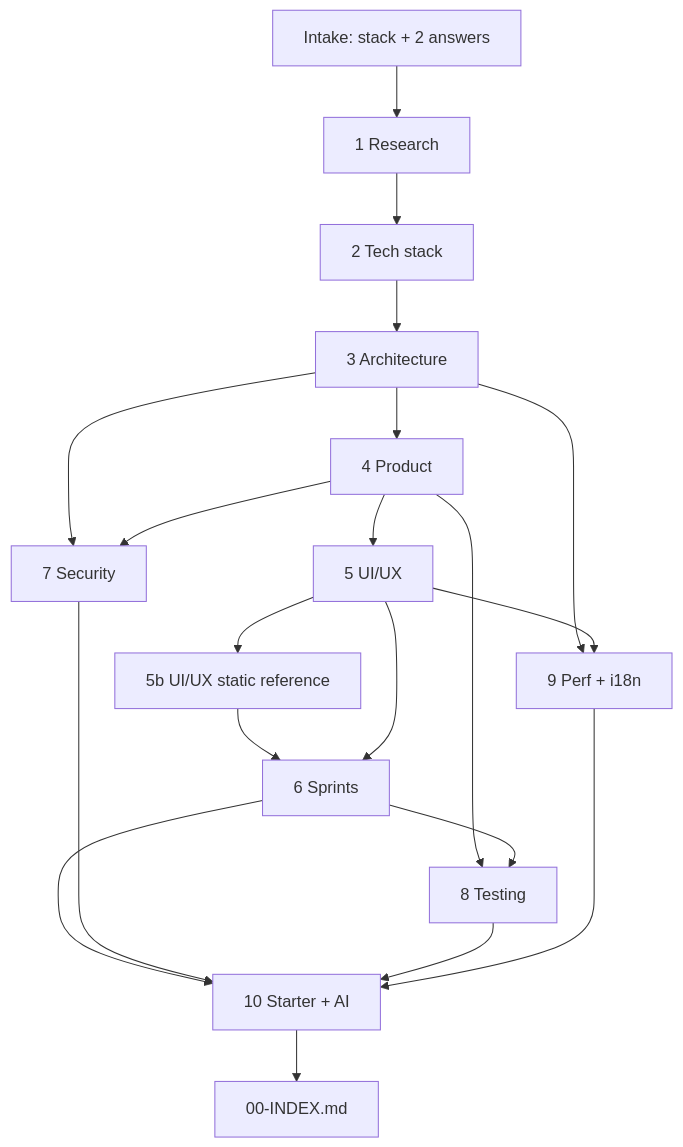
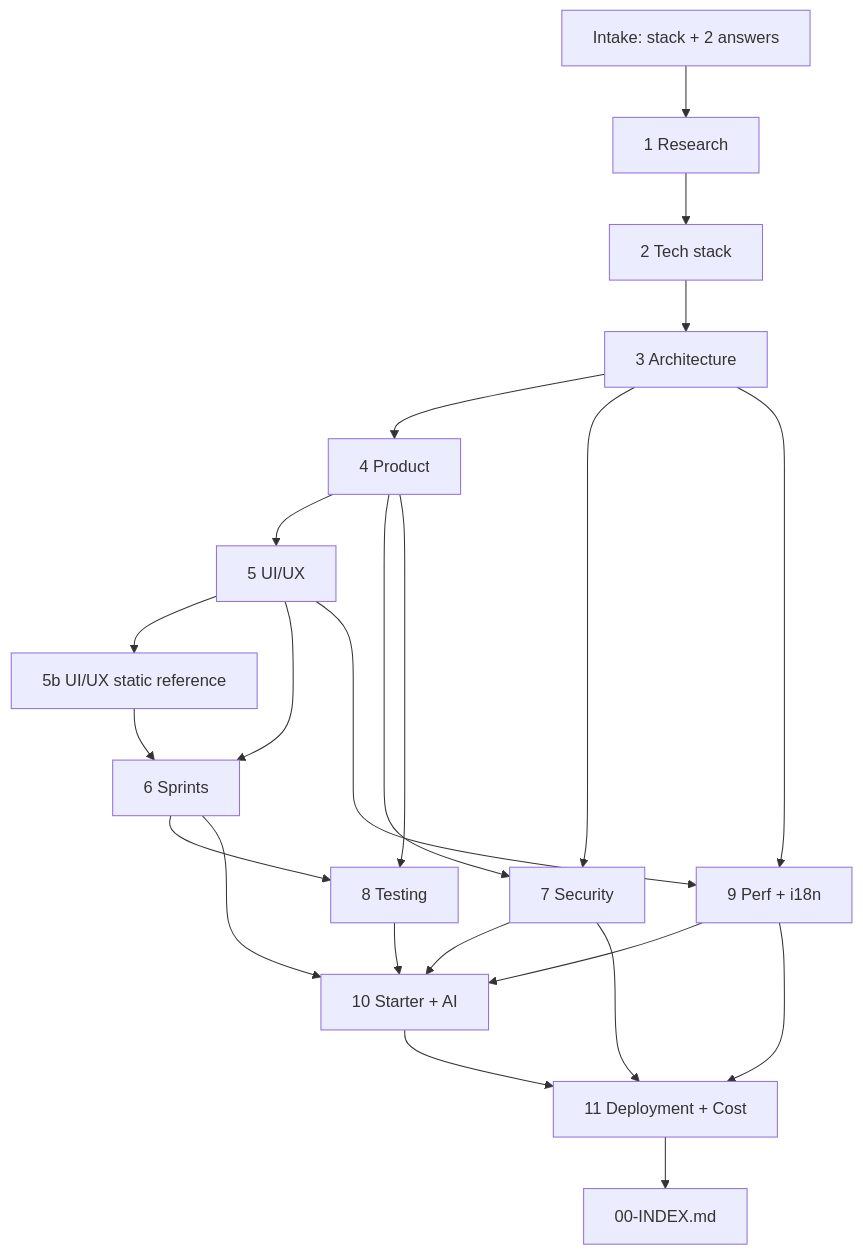
The diagram in AI/FrontendForge/Docs/PIPELINE.md (RajkishoreJena30/StudyNote), drawn with Mermaid before and after one commit. The commit also changed other lines of this file and 13 other files, not shown here.

````diff
--- a/AI/FrontendForge/Docs/PIPELINE.md
+++ b/AI/FrontendForge/Docs/PIPELINE.md
@@ -28,22 +29,25 @@
 ```mermaid
 flowchart TD
     I[Intake: stack + 2 answers] --> P1[1 Research]
     P1 --> P2[2 Tech stack]
     P2 --> P3[3 Architecture]
     P3 --> P4[4 Product]
     P4 --> P5[5 UI/UX]
     P5 --> P5b[5b UI/UX static reference]
     P5b --> P6[6 Sprints]
     P5 --> P6
     P3 --> P7[7 Security]
     P4 --> P7
     P4 --> P8[8 Testing]
     P6 --> P8
     P3 --> P9[9 Perf + i18n]
     P5 --> P9
     P6 --> P10[10 Starter + AI]
     P7 --> P10
     P8 --> P10
     P9 --> P10
-    P10 --> IDX[00-INDEX.md]
+    P10 --> P11[11 Deployment + Cost]
+    P7 --> P11
+    P9 --> P11
+    P11 --> IDX[00-INDEX.md]
 ```
````
